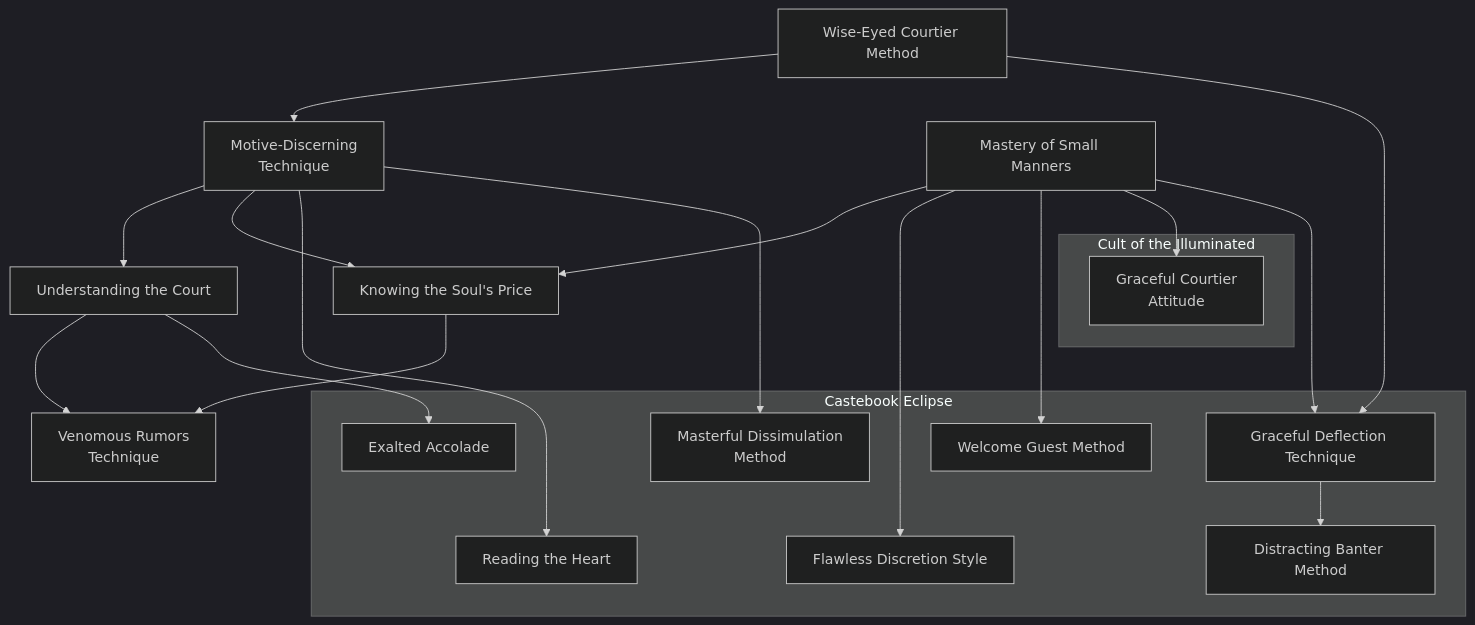
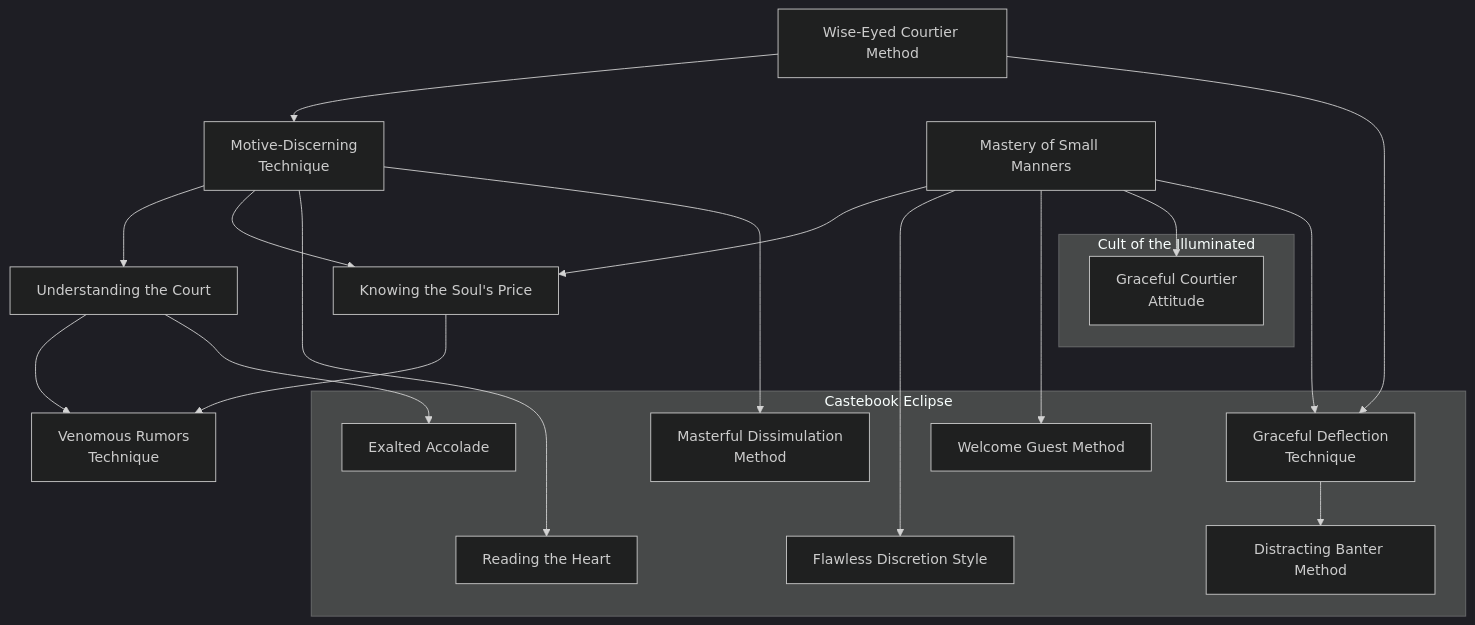
One commit to jrobichaud/exalted-charms-1e changed the diagram in docs/mermaid/solar/eclipse_socialize.mmd. Above: the diagram before and after it, drawn with Mermaid. The commit also changed 7 other files, not shown here.

```diff
--- a/docs/mermaid/solar/eclipse_socialize.mmd
+++ b/docs/mermaid/solar/eclipse_socialize.mmd
@@ -247,7 +247,7 @@
             "
 
 
-        graceful_deflection_technique[Graceful Deflection Technique]
+        graceful_deflection_technique[Graceful Deflection<br>Technique]
         click graceful_deflection_technique callback "
             Graceful Deflection Technique<br>
             <br>
```
